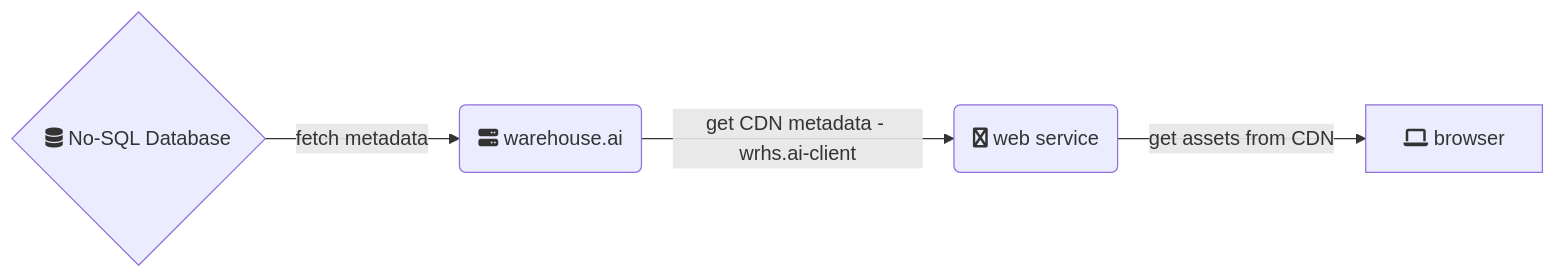
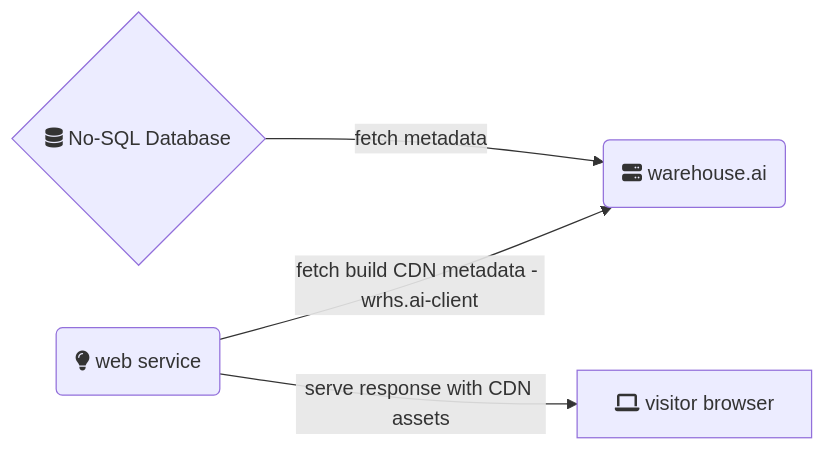
The diagram in assets/diagrams/assets.mmd (godaddy/warehouse.ai), drawn with Mermaid before and after one commit. The commit also changed 11 other files, not shown here.

```diff
--- a/assets/diagrams/assets.mmd
+++ b/assets/diagrams/assets.mmd
@@ -1,9 +1,9 @@
 graph LR
 A(fa:fa-server warehouse.ai)
-B(fa:fa-opencart web service)
-C{fa:fa-database No-SQL Database}
-D[fa:fa-laptop browser]
+B{fa:fa-database No-SQL Database}
+C(fa:fa-lightbulb web service)
+D[fa:fa-laptop visitor browser]
 
-B --> |"get assets from CDN"| D
-C --> |"fetch metadata"| A
-A --> |"get CDN metadata - wrhs.ai-client"| B
+C --> |"serve response with CDN assets"| D
+B --> |"fetch metadata"| A
+C --> |"fetch build CDN metadata - wrhs.ai-client"| A
```
